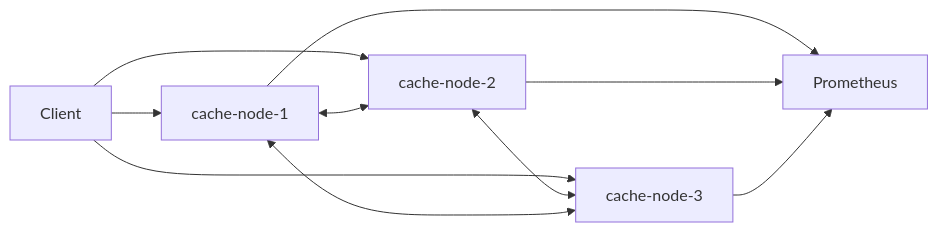
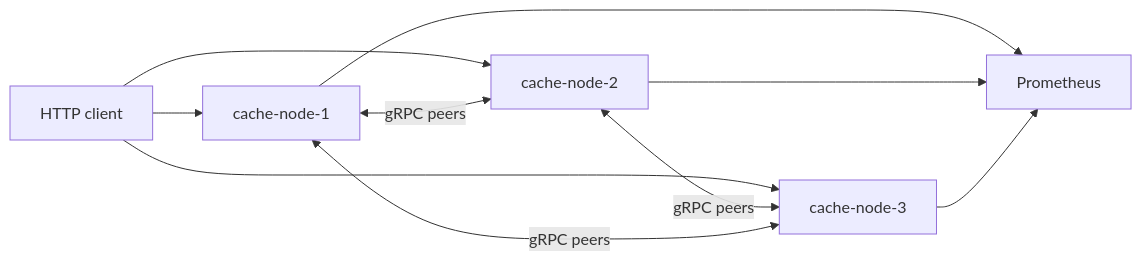
One commit to shivams786/DistCache changed the diagram in README.md. Above: the diagram before and after it, drawn with Mermaid. The commit also changed other lines of this file and 8 other files, not shown here.

Commit message:
Add Architecture Code

````diff
--- a/README.md
+++ b/README.md
@@ -9,14 +29,14 @@
 ```mermaid
 flowchart LR
-    Client --> Node1["cache-node-1"]
-    Client --> Node2["cache-node-2"]
-    Client --> Node3["cache-node-3"]
+    Client["HTTP client"] --> N1["cache-node-1"]
+    Client --> N2["cache-node-2"]
+    Client --> N3["cache-node-3"]
 
-    Node1 <--> Node2
-    Node2 <--> Node3
-    Node3 <--> Node1
+    N1 <-->|"gRPC peers"| N2
+    N2 <-->|"gRPC peers"| N3
+    N3 <-->|"gRPC peers"| N1
 
-    Node1 --> Prometheus
-    Node2 --> Prometheus
-    Node3 --> Prometheus
+    N1 --> Prometheus["Prometheus"]
+    N2 --> Prometheus
+    N3 --> Prometheus
 ```
````
